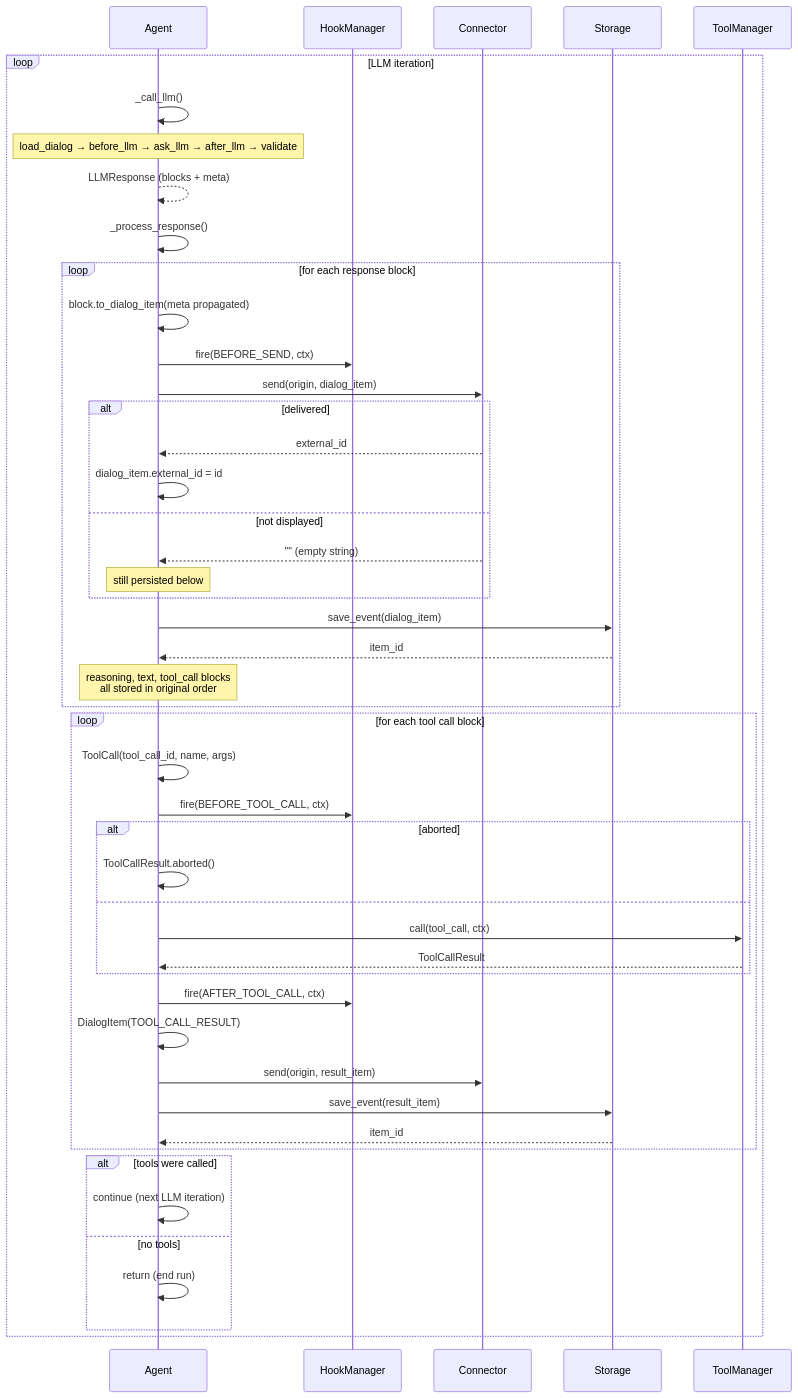
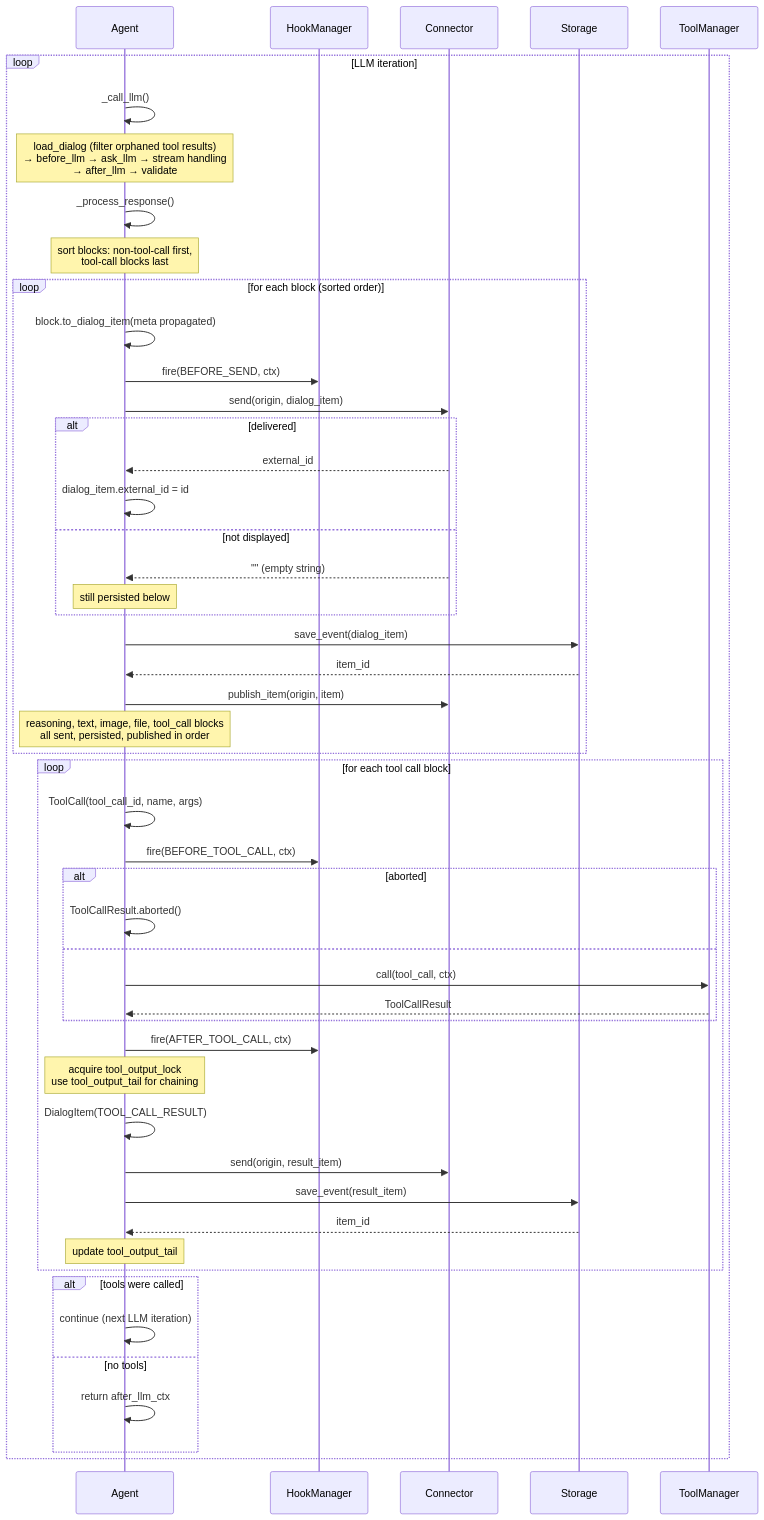
Before and after one commit to matrixd0t/commamatrix: diagram 13 of 13 in visuals.md, drawn with Mermaid. The commit also changed other lines of this file and 52 other files, not shown here.

````diff
--- a/visuals.md
+++ b/visuals.md
@@ -920,54 +952,57 @@
 ```mermaid
 sequenceDiagram
     participant Agent
     participant HM as HookManager
     participant Conn as Connector
     participant Storage
     participant TM as ToolManager
 
     loop LLM iteration
         Agent->>Agent: _call_llm()
-        Note over Agent: load_dialog → before_llm → ask_llm → after_llm → validate
-        Agent-->>Agent: LLMResponse (blocks + meta)
+        Note over Agent: load_dialog (filter orphaned tool results)<br/>→ before_llm → ask_llm → stream handling<br/>→ after_llm → validate
 
         Agent->>Agent: _process_response()
+        Note over Agent: sort blocks: non-tool-call first,<br/>tool-call blocks last
 
-        loop for each response block
+        loop for each block (sorted order)
             Agent->>Agent: block.to_dialog_item(meta propagated)
             Agent->>HM: fire(BEFORE_SEND, ctx)
             Agent->>Conn: send(origin, dialog_item)
             alt delivered
                 Conn-->>Agent: external_id
                 Agent->>Agent: dialog_item.external_id = id
             else not displayed
                 Conn-->>Agent: "" (empty string)
                 Note over Agent: still persisted below
             end
             Agent->>Storage: save_event(dialog_item)
             Storage-->>Agent: item_id
-            Note over Agent: reasoning, text, tool_call blocks<br/>all stored in original order
+            Agent->>Conn: publish_item(origin, item)
+            Note over Agent: reasoning, text, image, file, tool_call blocks<br/>all sent, persisted, published in order
         end
 
         loop for each tool call block
             Agent->>Agent: ToolCall(tool_call_id, name, args)
             Agent->>HM: fire(BEFORE_TOOL_CALL, ctx)
             alt aborted
                 Agent->>Agent: ToolCallResult.aborted()
             else
                 Agent->>TM: call(tool_call, ctx)
                 TM-->>Agent: ToolCallResult
             end
             Agent->>HM: fire(AFTER_TOOL_CALL, ctx)
+            Note over Agent: acquire tool_output_lock<br/>use tool_output_tail for chaining
             Agent->>Agent: DialogItem(TOOL_CALL_RESULT)
             Agent->>Conn: send(origin, result_item)
             Agent->>Storage: save_event(result_item)
             Storage-->>Agent: item_id
+            Note over Agent: update tool_output_tail
         end
 
         alt tools were called
             Agent->>Agent: continue (next LLM iteration)
         else no tools
-            Agent->>Agent: return (end run)
+            Agent->>Agent: return after_llm_ctx
         end
     end
 ```
````
